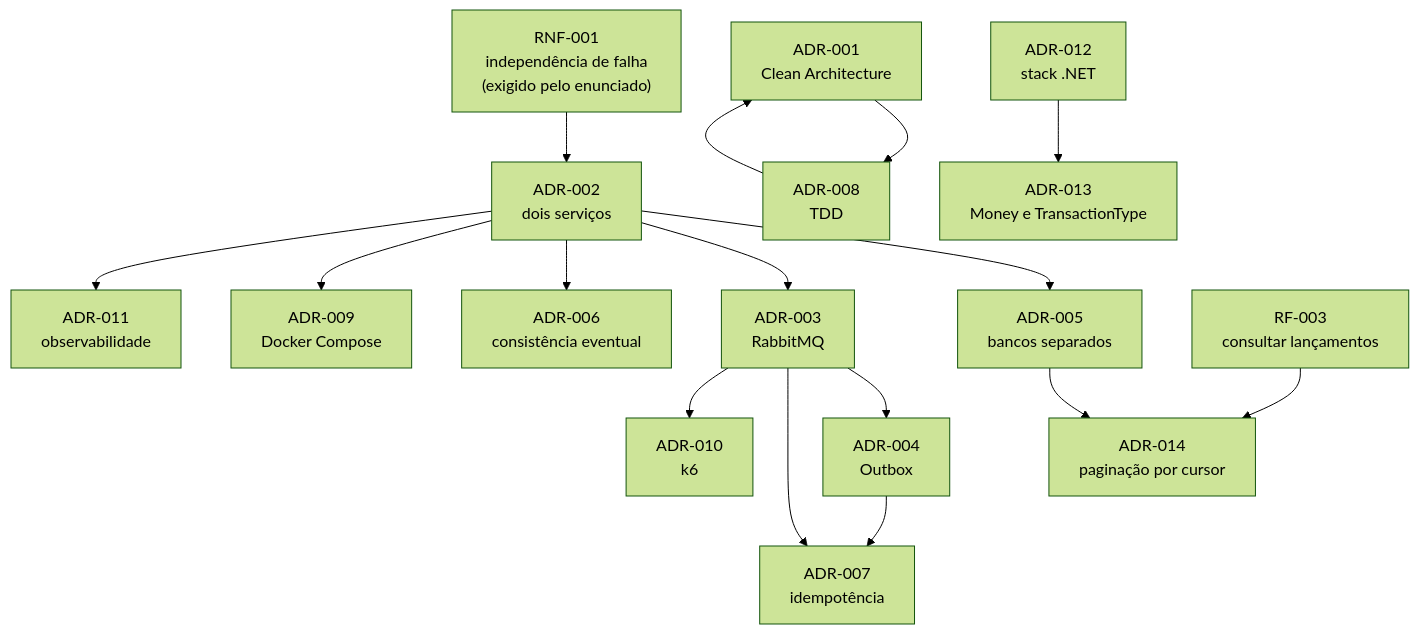
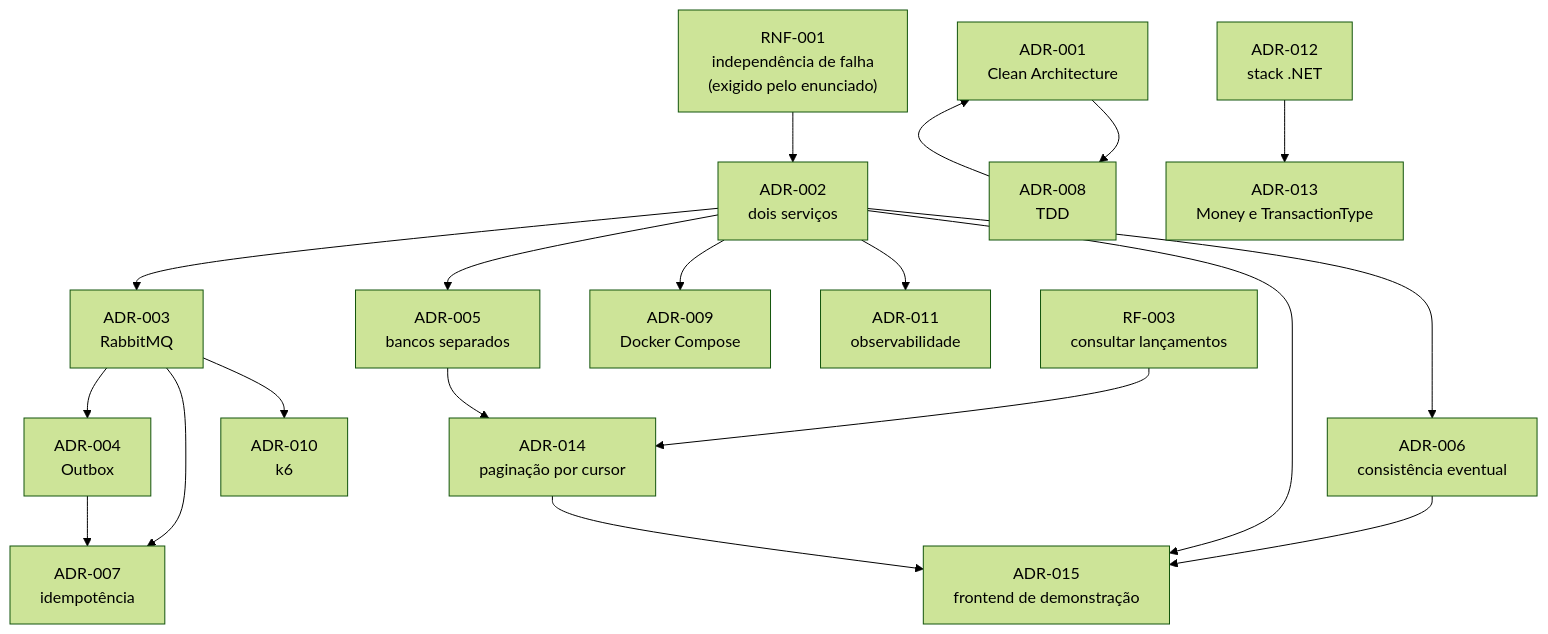
The diagram in docs/decisions/README.md (rafaelomodei/CashFlow), drawn with Mermaid (forest theme) before and after one commit. The commit also changed other lines of this file and 5 other files, not shown here.

First line of the commit message:
docs(frontend): registrar ADR-015 e a etapa 15

````diff
--- a/docs/decisions/README.md
+++ b/docs/decisions/README.md
@@ -35,19 +36,22 @@
 ```mermaid
 graph TD
     RNF001["RNF-001<br/>independência de falha<br/>(exigido pelo enunciado)"]
     RNF001 --> A2["ADR-002<br/>dois serviços"]
     A2 --> A5["ADR-005<br/>bancos separados"]
     A2 --> A3["ADR-003<br/>RabbitMQ"]
     A3 --> A4["ADR-004<br/>Outbox"]
     A3 --> A7["ADR-007<br/>idempotência"]
     A4 --> A7
     A2 --> A6["ADR-006<br/>consistência eventual"]
     A2 --> A9["ADR-009<br/>Docker Compose"]
     A2 --> A11["ADR-011<br/>observabilidade"]
     A3 --> A10["ADR-010<br/>k6"]
     A1["ADR-001<br/>Clean Architecture"] --> A8["ADR-008<br/>TDD"]
     A8 --> A1
     A12["ADR-012<br/>stack .NET"] --> A13["ADR-013<br/>Money e TransactionType"]
     RF003["RF-003<br/>consultar lançamentos"] --> A14["ADR-014<br/>paginação por cursor"]
     A5 --> A14
+    A6 --> A15["ADR-015<br/>frontend de demonstração"]
+    A2 --> A15
+    A14 --> A15
 ```
````
